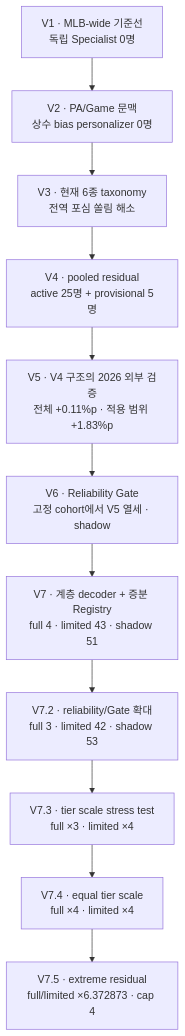
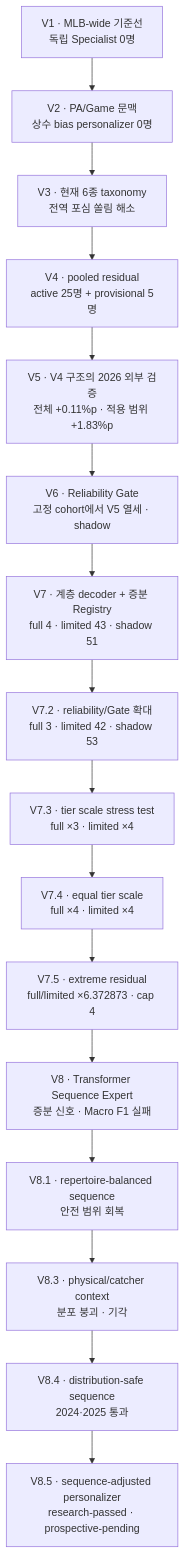
Before and after one commit to madcamp-official/OyarZabal: the first of 2 diagrams in reports/README.md, drawn with Mermaid. The commit also changed other lines of this file, not shown here.

````diff
--- a/reports/README.md
+++ b/reports/README.md
@@ -30,15 +43,20 @@
 ```mermaid
 flowchart TD
     V1["V1 · MLB-wide 기준선<br/>독립 Specialist 0명"]
     V2["V2 · PA/Game 문맥<br/>상수 bias personalizer 0명"]
     V3["V3 · 현재 6종 taxonomy<br/>전역 포심 쏠림 해소"]
     V4["V4 · pooled residual<br/>active 25명 + provisional 5명"]
     V5["V5 · V4 구조의 2026 외부 검증<br/>전체 +0.11%p · 적용 범위 +1.83%p"]
     V6["V6 · Reliability Gate<br/>고정 cohort에서 V5 열세 · shadow"]
     V7["V7 · 계층 decoder + 증분 Registry<br/>full 4 · limited 43 · shadow 51"]
     V72["V7.2 · reliability/Gate 확대<br/>full 3 · limited 42 · shadow 53"]
     V73["V7.3 · tier scale stress test<br/>full ×3 · limited ×4"]
     V74["V7.4 · equal tier scale<br/>full ×4 · limited ×4"]
     V75["V7.5 · extreme residual<br/>full/limited ×6.372873 · cap 4"]
-    V1 --> V2 --> V3 --> V4 --> V5 --> V6 --> V7 --> V72 --> V73 --> V74 --> V75
+    V8["V8 · Transformer Sequence Expert<br/>증분 신호 · Macro F1 실패"]
+    V81["V8.1 · repertoire-balanced sequence<br/>안전 범위 회복"]
+    V83["V8.3 · physical/catcher context<br/>분포 붕괴 · 기각"]
+    V84["V8.4 · distribution-safe sequence<br/>2024·2025 통과"]
+    V85["V8.5 · sequence-adjusted personalizer<br/>research-passed · prospective-pending"]
+    V1 --> V2 --> V3 --> V4 --> V5 --> V6 --> V7 --> V72 --> V73 --> V74 --> V75 --> V8 --> V81 --> V83 --> V84 --> V85
 ```
````
